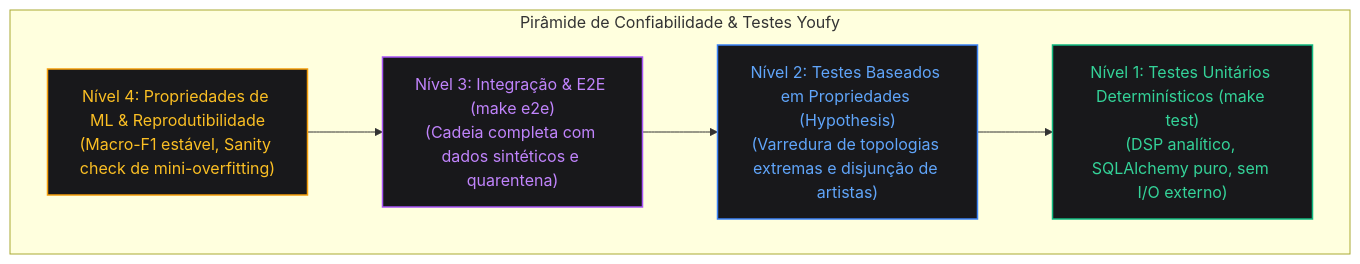
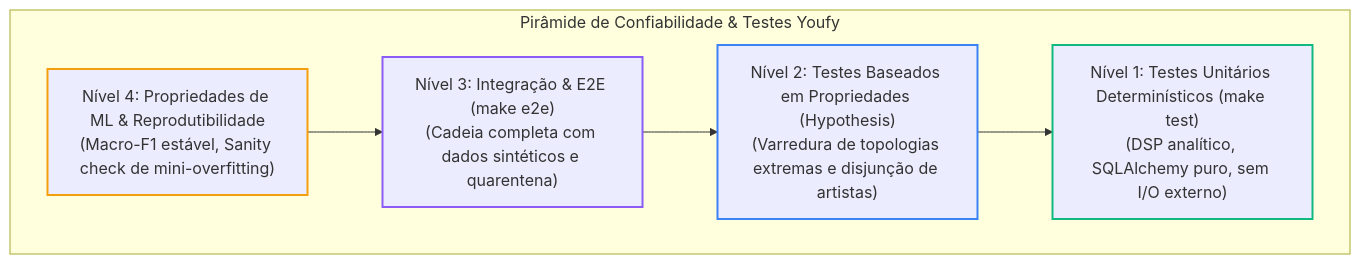
The diagram in docs/mlops-e-testes/estrategia-testes.md (Oseiasdfarias/youfy), drawn with Mermaid before and after one commit. The commit also changed 7 other files, not shown here.

Commit message:
style(docs): compatibilidade completa dos diagramas mermaid com tema claro e escuro

````diff
--- a/docs/mlops-e-testes/estrategia-testes.md
+++ b/docs/mlops-e-testes/estrategia-testes.md
@@ -45,22 +45,22 @@
 ```mermaid
 flowchart TD
     subgraph Pyramid["Pirâmide de Confiabilidade & Testes Youfy"]
         L4["Nível 4: Propriedades de ML & Reprodutibilidade<br/>(Macro-F1 estável, Sanity check de mini-overfitting)"]
         L3["Nível 3: Integração & E2E (make e2e)<br/>(Cadeia completa com dados sintéticos e quarentena)"]
         L2["Nível 2: Testes Baseados em Propriedades (Hypothesis)<br/>(Varredura de topologias extremas e disjunção de artistas)"]
         L1["Nível 1: Testes Unitários Determinísticos (make test)<br/>(DSP analítico, SQLAlchemy puro, sem I/O externo)"]
     end
 
     L4 --> L3
     L3 --> L2
     L2 --> L1
 
-    classDef l1 fill:#18181b,stroke:#10b981,stroke-width:1.5px,color:#34d399;
-    classDef l2 fill:#18181b,stroke:#3b82f6,stroke-width:1.5px,color:#60a5fa;
-    classDef l3 fill:#18181b,stroke:#a855f7,stroke-width:1.5px,color:#c084fc;
-    classDef l4 fill:#18181b,stroke:#f59e0b,stroke-width:1.5px,color:#fbbf24;
+    classDef l1 stroke:#10b981,stroke-width:2px;
+    classDef l2 stroke:#3b82f6,stroke-width:2px;
+    classDef l3 stroke:#8b5cf6,stroke-width:2px;
+    classDef l4 stroke:#f59e0b,stroke-width:2px;
     class L1 l1;
     class L2 l2;
     class L3 l3;
     class L4 l4;
 ```
````
